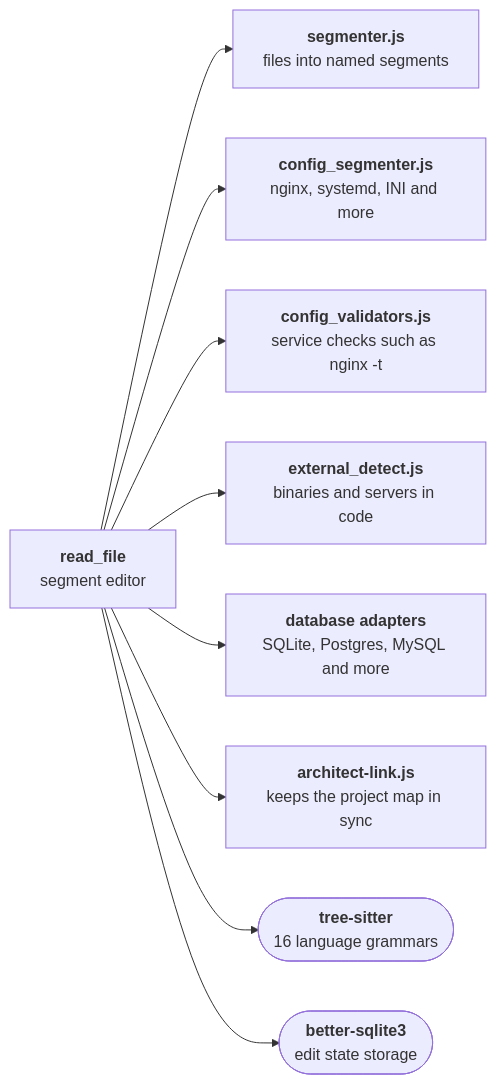
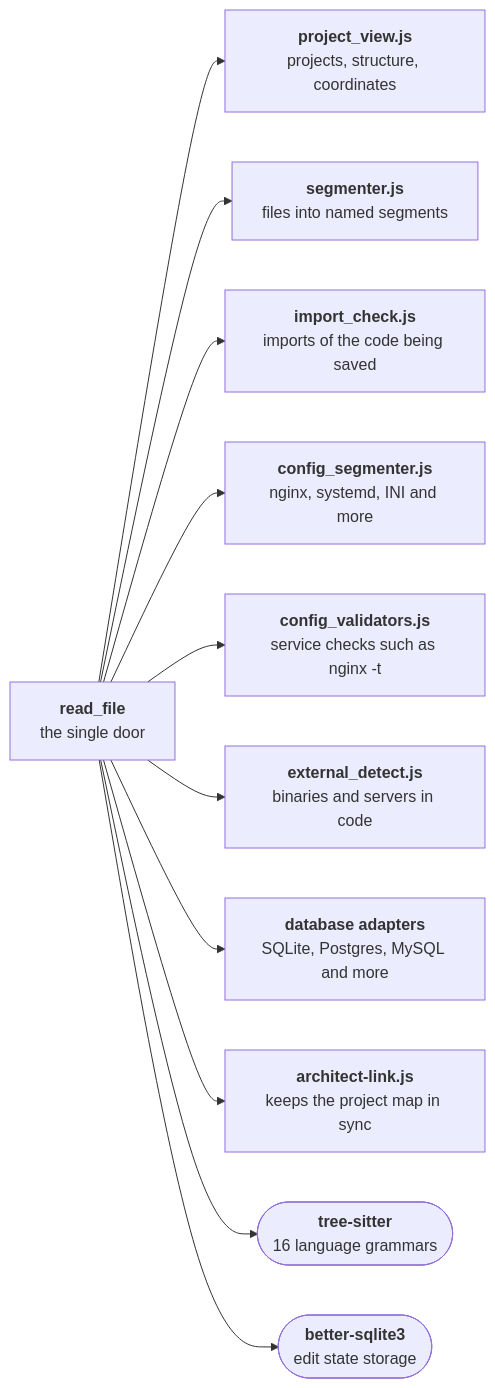
The tenth of 16 diagrams in docs/PAPER.md (itamos-technologia/itamos-mcp-tools), drawn with Mermaid before and after one commit. The commit also changed other lines of this file and 2 other files, not shown here.

````diff
--- a/docs/PAPER.md
+++ b/docs/PAPER.md
@@ -337,20 +326,24 @@
 ```mermaid
 flowchart LR
-  r["<b>read_file</b><br/>segment editor"]
-  d0["<b>segmenter.js</b><br/>files into named segments"]
+  r["<b>read_file</b><br/>the single door"]
+  d0["<b>project_view.js</b><br/>projects, structure, coordinates"]
   r --> d0
-  d1["<b>config_segmenter.js</b><br/>nginx, systemd, INI and more"]
+  d1["<b>segmenter.js</b><br/>files into named segments"]
   r --> d1
-  d2["<b>config_validators.js</b><br/>service checks such as nginx -t"]
+  d2["<b>import_check.js</b><br/>imports of the code being saved"]
   r --> d2
-  d3["<b>external_detect.js</b><br/>binaries and servers in code"]
+  d3["<b>config_segmenter.js</b><br/>nginx, systemd, INI and more"]
   r --> d3
-  d4["<b>database adapters</b><br/>SQLite, Postgres, MySQL and more"]
+  d4["<b>config_validators.js</b><br/>service checks such as nginx -t"]
   r --> d4
-  d5["<b>architect-link.js</b><br/>keeps the project map in sync"]
+  d5["<b>external_detect.js</b><br/>binaries and servers in code"]
   r --> d5
-  d6(["<b>tree-sitter</b><br/>16 language grammars"])
+  d6["<b>database adapters</b><br/>SQLite, Postgres, MySQL and more"]
   r --> d6
-  d7(["<b>better-sqlite3</b><br/>edit state storage"])
+  d7["<b>architect-link.js</b><br/>keeps the project map in sync"]
   r --> d7
+  d8(["<b>tree-sitter</b><br/>16 language grammars"])
+  r --> d8
+  d9(["<b>better-sqlite3</b><br/>edit state storage"])
+  r --> d9
 ```
````
